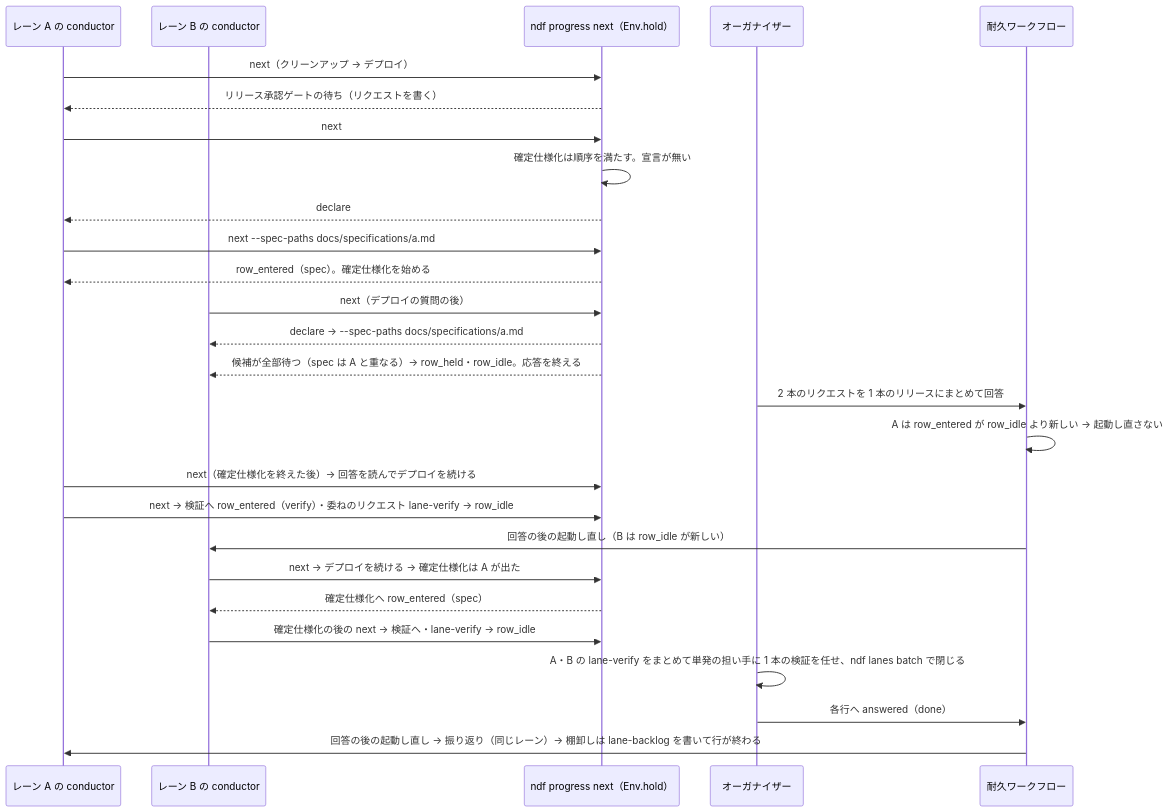
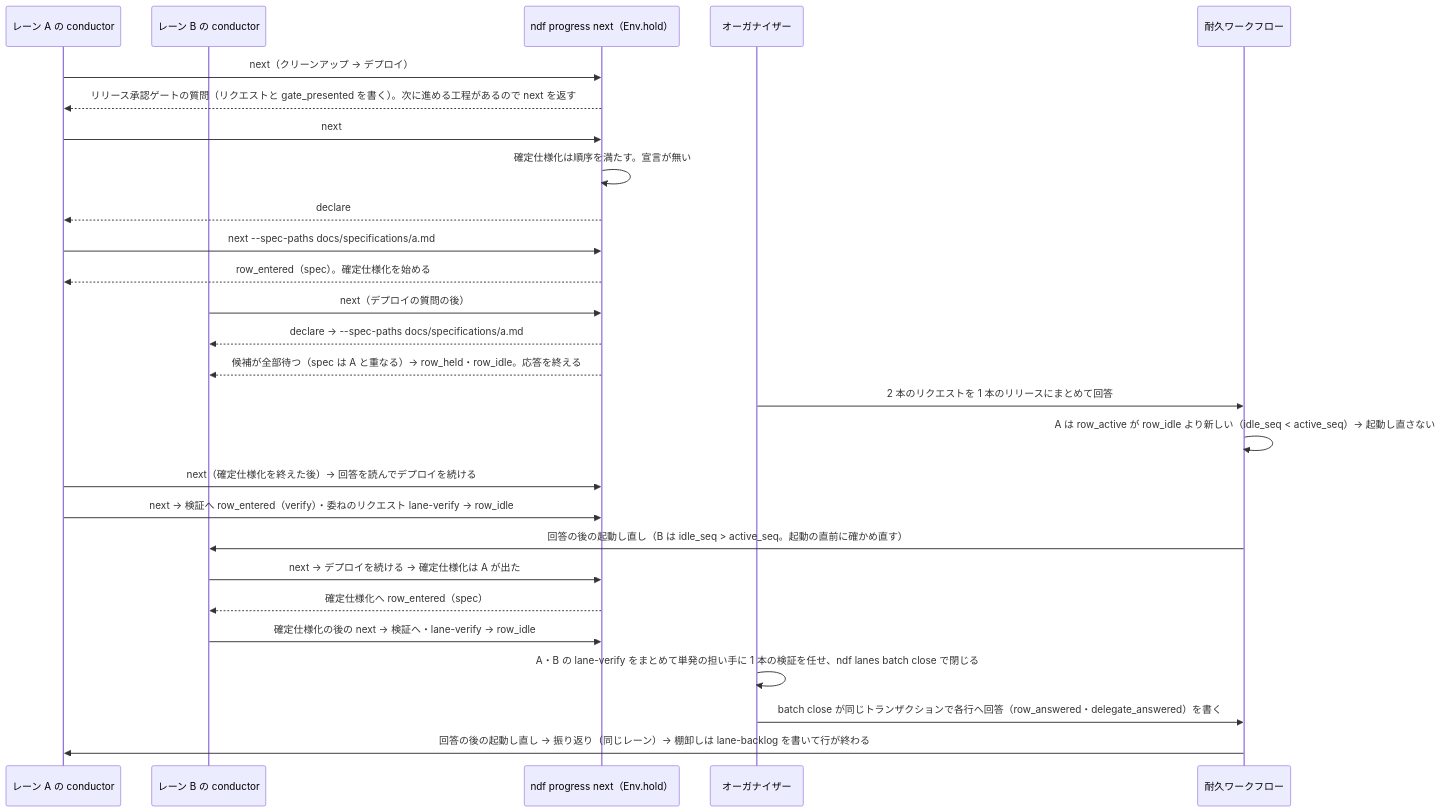
Before and after one commit to devbasex/ai-plugins: the sixth of 7 diagrams in issues/issue-4050-design.md, drawn with Mermaid. The commit also changed other lines of this file and 2 other files, not shown here.

````diff
--- a/issues/issue-4050-design.md
+++ b/issues/issue-4050-design.md
@@ -419,29 +420,29 @@
 ```mermaid
 sequenceDiagram
   participant A as レーン A の conductor
   participant B as レーン B の conductor
   participant P as ndf progress next（Env.hold）
   participant O as オーガナイザー
   participant WF as 耐久ワークフロー
   A->>P: next（クリーンアップ → デプロイ）
-  P-->>A: リリース承認ゲートの待ち（リクエストを書く）
+  P-->>A: リリース承認ゲートの質問（リクエストと gate_presented を書く）。次に進める工程があるので next を返す
   A->>P: next
   P->>P: 確定仕様化は順序を満たす。宣言が無い
   P-->>A: declare
   A->>P: next --spec-paths docs/specifications/a.md
   P-->>A: row_entered（spec）。確定仕様化を始める
   B->>P: next（デプロイの質問の後）
   P-->>B: declare → --spec-paths docs/specifications/a.md
   P-->>B: 候補が全部待つ（spec は A と重なる）→ row_held・row_idle。応答を終える
   O->>WF: 2 本のリクエストを 1 本のリリースにまとめて回答
-  WF->>WF: A は row_entered が row_idle より新しい → 起動し直さない
+  WF->>WF: A は row_active が row_idle より新しい（idle_seq < active_seq）→ 起動し直さない
   A->>P: next（確定仕様化を終えた後）→ 回答を読んでデプロイを続ける
   A->>P: next → 検証へ row_entered（verify）・委ねのリクエスト lane-verify → row_idle
-  WF->>B: 回答の後の起動し直し（B は row_idle が新しい）
+  WF->>B: 回答の後の起動し直し（B は idle_seq > active_seq。起動の直前に確かめ直す）
   B->>P: next → デプロイを続ける → 確定仕様化は A が出た
   P-->>B: 確定仕様化へ row_entered（spec）
   B->>P: 確定仕様化の後の next → 検証へ・lane-verify → row_idle
-  O->>O: A・B の lane-verify をまとめて単発の担い手に 1 本の検証を任せ、ndf lanes batch で閉じる
-  O->>WF: 各行へ answered（done）
+  O->>O: A・B の lane-verify をまとめて単発の担い手に 1 本の検証を任せ、ndf lanes batch close で閉じる
+  O->>WF: batch close が同じトランザクションで各行へ回答（row_answered・delegate_answered）を書く
   WF->>A: 回答の後の起動し直し → 振り返り（同じレーン）→ 棚卸しは lane-backlog を書いて行が終わる
 ```
````
